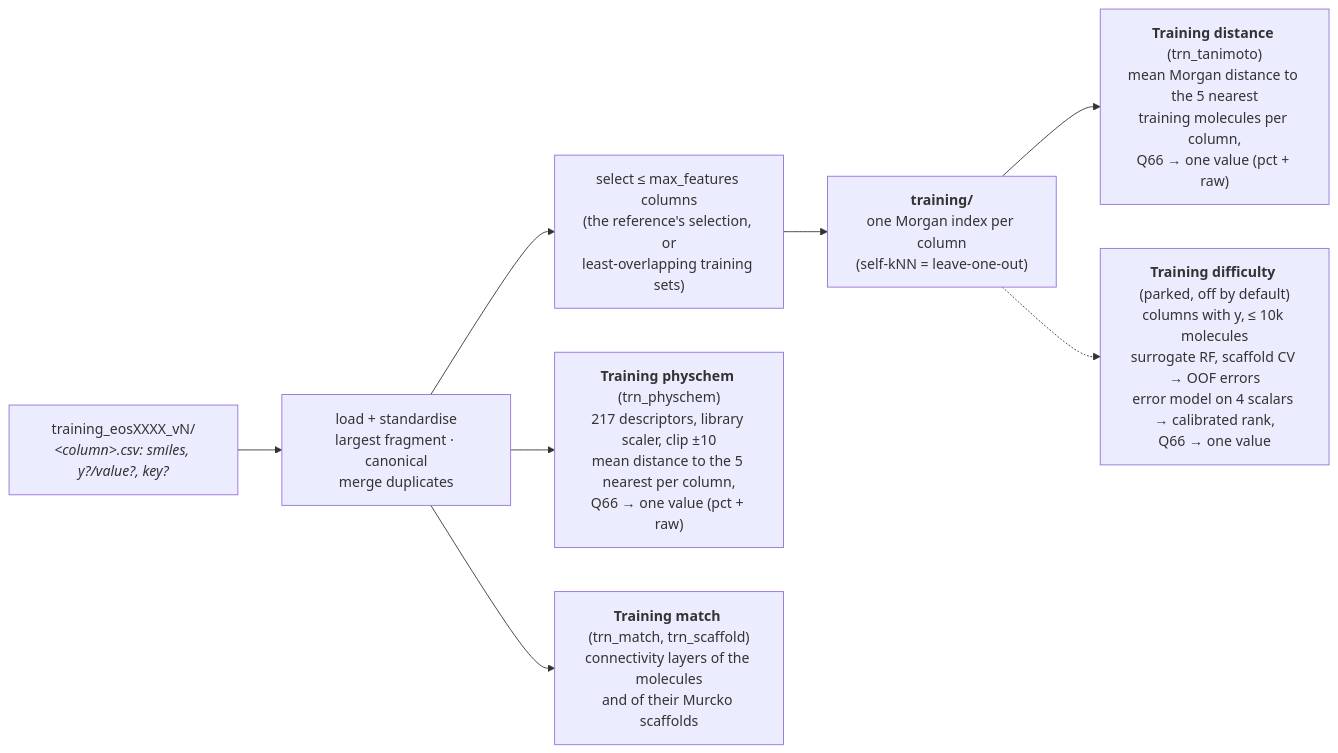
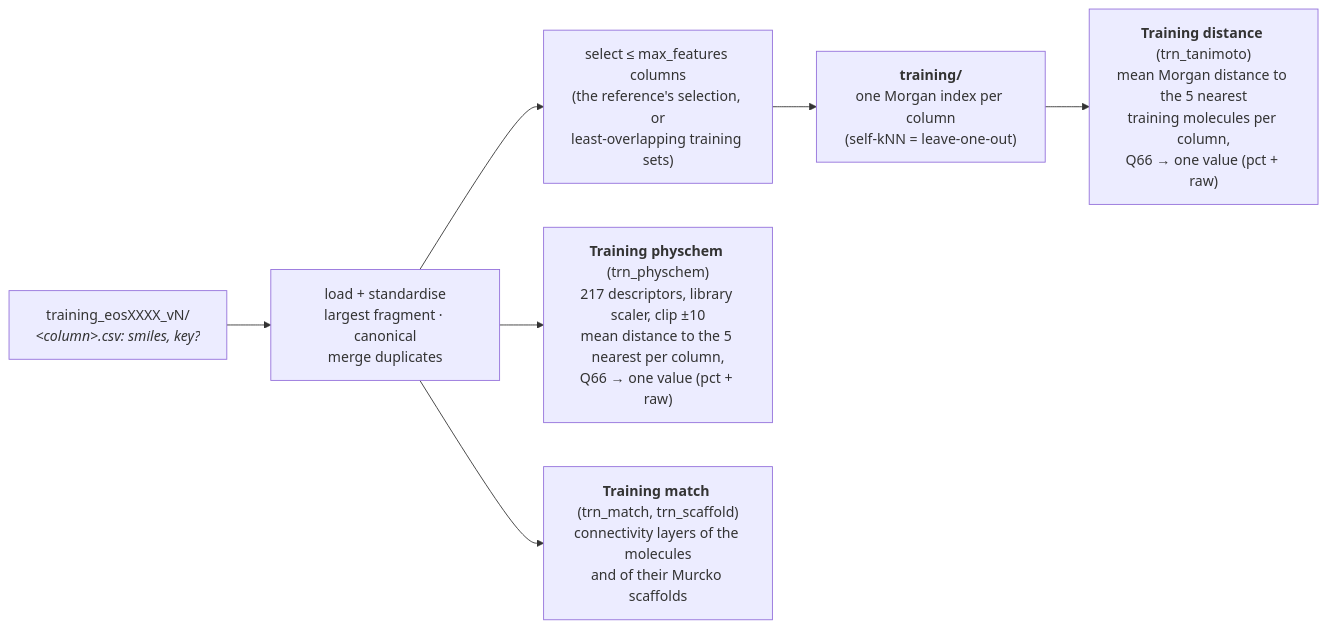
One commit to ersilia-os/eosquality changed the second of 3 diagrams in docs/diagram.md. Above: the diagram before and after it, drawn with Mermaid. The commit also changed other lines of this file and 34 other files, not shown here.

First line of the commit message:
Training: remove the error model (trn_difficulty), labels and CV folds

````diff
--- a/docs/diagram.md
+++ b/docs/diagram.md
@@ -27,10 +27,9 @@
 ```mermaid
 flowchart LR
-    TR["training_eosXXXX_vN/<br/><i>&lt;column&gt;.csv: smiles, y?/value?, key?</i>"] --> LD["load + standardise<br/>largest fragment · canonical<br/>merge duplicates"]
+    TR["training_eosXXXX_vN/<br/><i>&lt;column&gt;.csv: smiles, key?</i>"] --> LD["load + standardise<br/>largest fragment · canonical<br/>merge duplicates"]
     LD --> SEL["select ≤ max_features columns<br/>(the reference's selection, or<br/>least-overlapping training sets)"]
     SEL --> IDX["<b>training/</b><br/>one Morgan index per column<br/>(self-kNN = leave-one-out)"]
     IDX --> TD["<b>Training distance</b> (trn_tanimoto)<br/>mean Morgan distance to the 5 nearest<br/>training molecules per column,<br/>Q66 → one value (pct + raw)"]
     LD --> TP["<b>Training physchem</b> (trn_physchem)<br/>217 descriptors, library scaler, clip ±10<br/>mean distance to the 5 nearest per column,<br/>Q66 → one value (pct + raw)"]
     LD --> TM["<b>Training match</b> (trn_match, trn_scaffold)<br/>connectivity layers of the molecules<br/>and of their Murcko scaffolds"]
-    IDX -.-> TDF["<b>Training difficulty</b> (parked, off by default)<br/>columns with y, ≤ 10k molecules<br/>surrogate RF, scaffold CV → OOF errors<br/>error model on 4 scalars → calibrated rank,<br/>Q66 → one value"]
 ```
````
